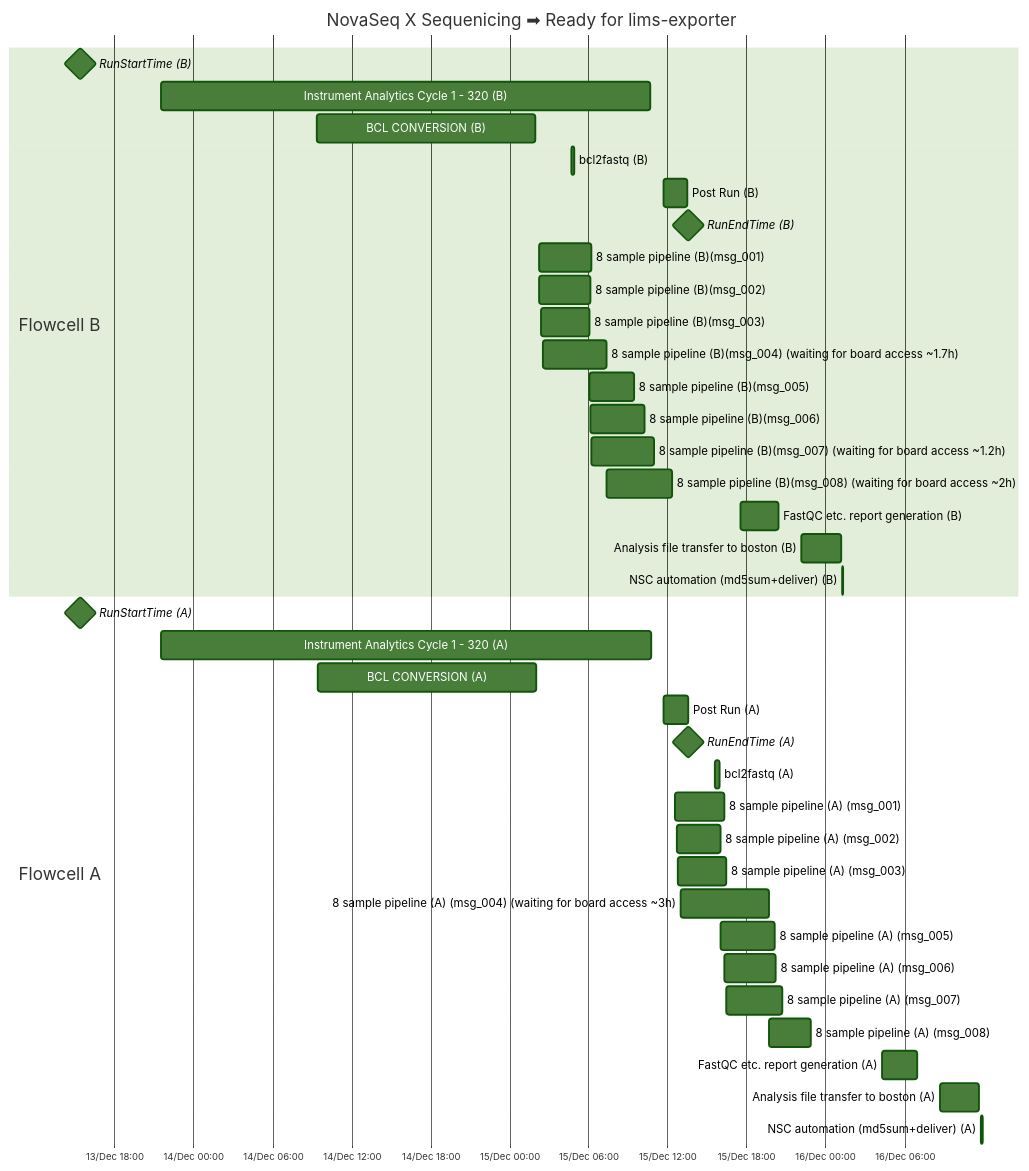
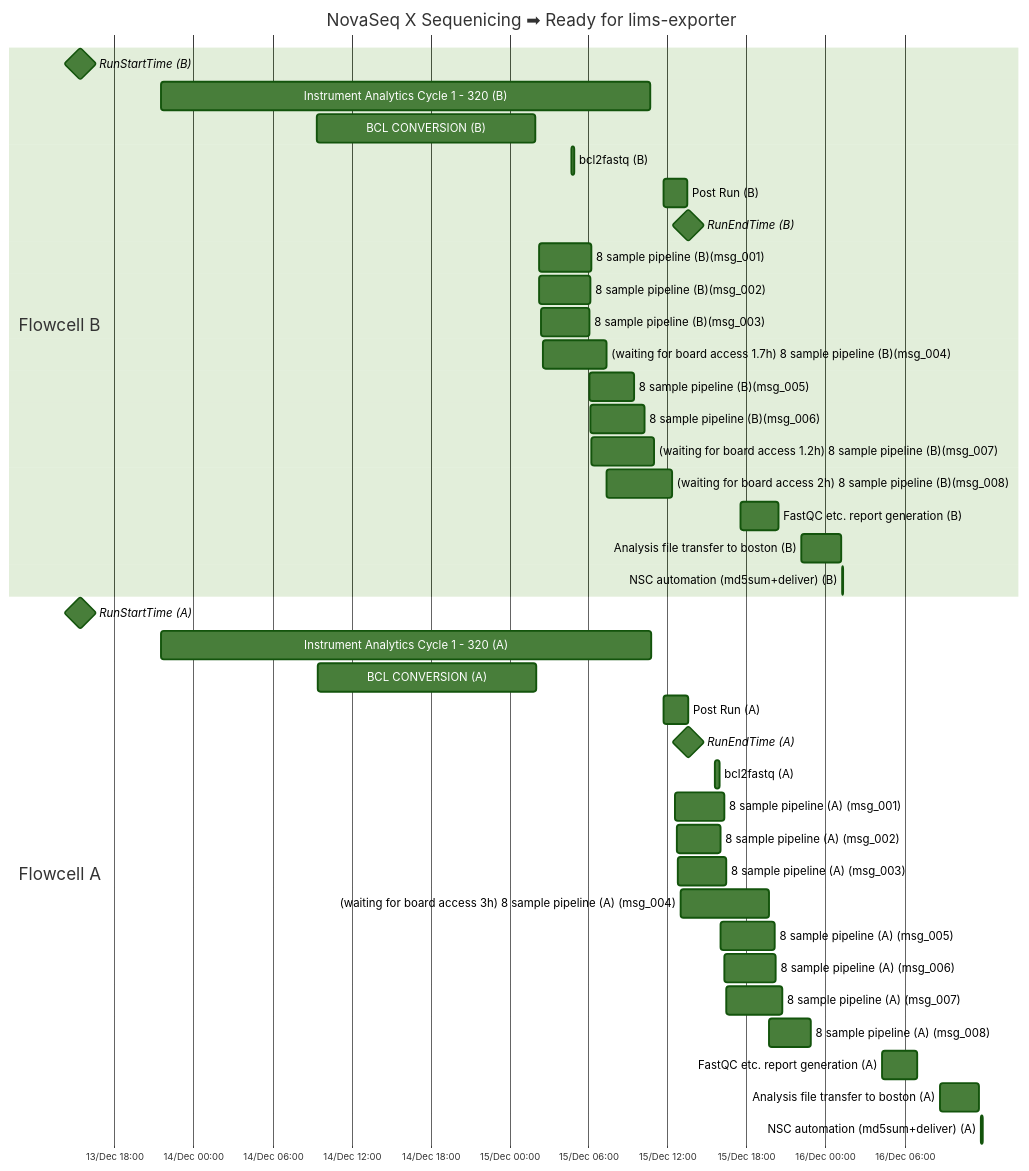
The seventh of 20 diagrams in projects/wgs_upscale/wgs_upscaling_bioinf_pipeline.qmd (xuyangy/website), drawn with Mermaid before and after one commit. The commit also changed other lines of this file and 1 other file, not shown here.

````diff
--- a/projects/wgs_upscale/wgs_upscaling_bioinf_pipeline.qmd
+++ b/projects/wgs_upscale/wgs_upscaling_bioinf_pipeline.qmd
@@ -612,54 +610,54 @@
 ```{mermaid}
 %%| label: fig-dual-25B-flowcell-2nd-analysis-wgs-germline
 %%| fig-cap: Dual 25B flowcell 2nd Analysis BCL Convert only NovaSeq X reported time
 gantt
 %%{ 
   init: { 
     'theme': 'forest' ,
     'gantt': {
       'barHeight': 30,
       'fontSize': 12,
       'sectionFontSize': 18
     }
   } 
 }%%
 dateFormat YYYY-MM-DD HH:mm:ss
 axisFormat %d/%b %H:%M
 title NovaSeq X Sequenicing ➡  Ready for lims-exporter
 section Flowcell B
 RunStartTime (B): milestone, 2024-12-13 15:22:38, 0d
 Instrument Analytics Cycle 1 - 320 (B): 2024-12-13 21:32:07, 2024-12-15 10:39:45 
 BCL CONVERSION (B): 2024-12-14 09:20:26, 2024-12-15 01:58:22
 bcl2fastq (B): 2024-12-15 04:41:06, 2024-12-15 04:55:58
 Post Run (B): 2024-12-15 11:39:46, 2024-12-15 13:31:14
 RunEndTime (B): milestone, 2024-12-15 13:35:06, 0d
 8 sample pipeline (B)(msg_001): 2024-12-15 02:14:40,  2024-12-15 06:12:10
 8 sample pipeline (B)(msg_002): 2024-12-15 02:16:03,  2024-12-15 06:08:38
 8 sample pipeline (B)(msg_003): 2024-12-15 02:21:34,  2024-12-15 06:02:43
-8 sample pipeline (B)(msg_004) (waiting for board access ~1.7h): 2024-12-15 02:30:31,  2024-12-15 07:21:59
+(waiting for board access 1.7h) 8 sample pipeline (B)(msg_004): 2024-12-15 02:30:31,  2024-12-15 07:21:59
 8 sample pipeline (B)(msg_005): 2024-12-15 06:02:54,  2024-12-15 09:27:04
 8 sample pipeline (B)(msg_006): 2024-12-15 06:09:01,  2024-12-15 10:15:17
-8 sample pipeline (B)(msg_007) (waiting for board access ~1.2h): 2024-12-15 06:12:43,  2024-12-15 11:00:17
-8 sample pipeline (B)(msg_008) (waiting for board access ~2h): 2024-12-15 07:22:41,  2024-12-15 12:21:11
+(waiting for board access 1.2h) 8 sample pipeline (B)(msg_007): 2024-12-15 06:12:43,  2024-12-15 11:00:17
+(waiting for board access 2h) 8 sample pipeline (B)(msg_008): 2024-12-15 07:22:41,  2024-12-15 12:21:11
 FastQC etc. report generation (B): 2024-12-15 17:33:00, 2024-12-15 20:27:00
 Analysis file transfer to boston (B): 2024-12-15 22:10:00, 2024-12-16 01:10:00
 NSC automation (md5sum+deliver) (B):  2024-12-16 01:15:01, 2024-12-16 01:22:02
 section Flowcell A
 RunStartTime (A): milestone, 2024-12-13 15:22:39, 0d
 Instrument Analytics Cycle 1 - 320 (A): 2024-12-13 21:32:38, 2024-12-15 10:43:37
 BCL CONVERSION (A): 2024-12-14 09:23:44, 2024-12-15 02:03:05
 Post Run (A): 2024-12-15 11:43:38, 2024-12-15 13:35:06
 RunEndTime (A): milestone, 2024-12-15 13:35:06, 0d
 bcl2fastq (A): 2024-12-15 15:36:32, 2024-12-15 15:55:22
 8 sample pipeline (A) (msg_001): 2024-12-15 12:35:29,  2024-12-15 16:20:28
 8 sample pipeline (A) (msg_002): 2024-12-15 12:41:54,  2024-12-15 15:59:51
 8 sample pipeline (A) (msg_003): 2024-12-15 12:46:44,  2024-12-15 16:29:28
-8 sample pipeline (A) (msg_004) (waiting for board access ~3h): 2024-12-15 12:57:58,  2024-12-15 19:40:46
+(waiting for board access 3h) 8 sample pipeline (A) (msg_004): 2024-12-15 12:57:58,  2024-12-15 19:40:46
 8 sample pipeline (A) (msg_005): 2024-12-15 15:59:59,  2024-12-15 20:09:04
 8 sample pipeline (A) (msg_006): 2024-12-15 16:21:01,  2024-12-15 20:12:05
 8 sample pipeline (A) (msg_007): 2024-12-15 16:29:32,  2024-12-15 20:44:58
 8 sample pipeline (A) (msg_008): 2024-12-15 19:40:54,  2024-12-15 22:53:59
 FastQC etc. report generation (A): 2024-12-16 04:20:00, 2024-12-16 07:00:00
 Analysis file transfer to boston (A): 2024-12-16 08:40:00, 2024-12-16 11:40:00
 NSC automation (md5sum+deliver) (A):  2024-12-16 11:50:01, 2024-12-16 11:56:58
 ```
````
